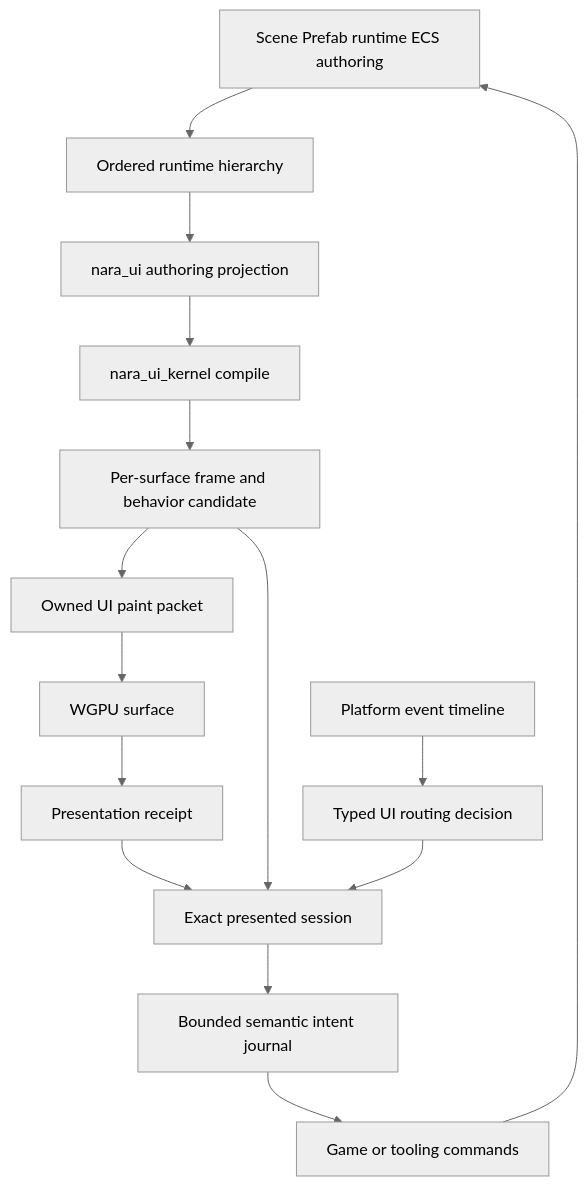
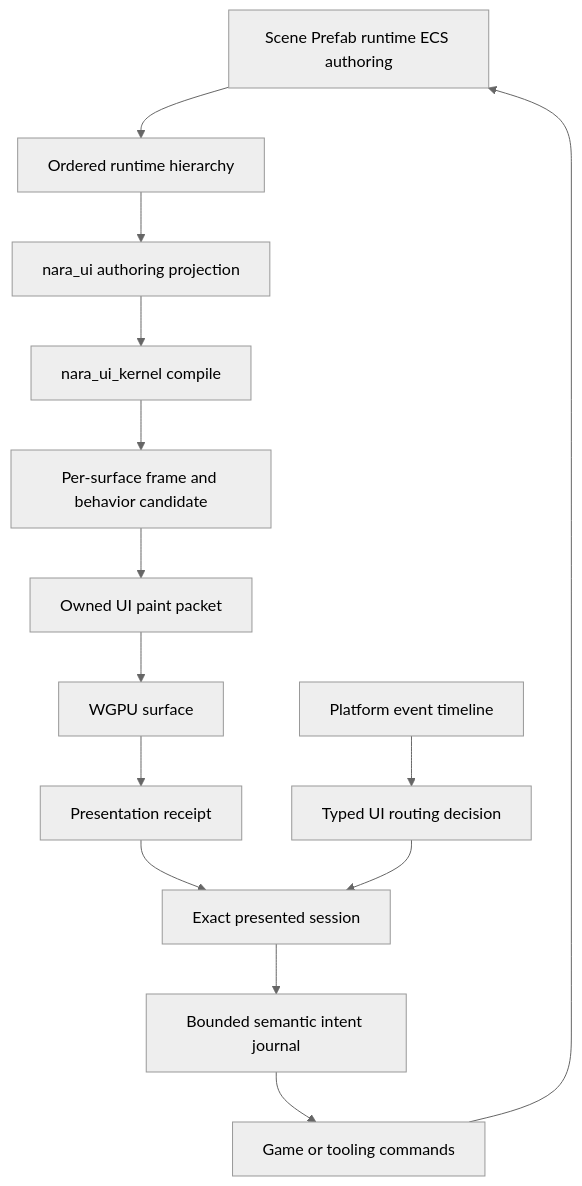
Before and after one commit to Latias94/nara: the second of 4 diagrams in docs/plans/2026-08-04-002-refactor-ordered-ui-kernel-and-engine-boundary-correction-plan.md, drawn with Mermaid (neutral theme). The commit also changed other lines of this file and 6 other files, not shown here.

````diff
--- a/docs/plans/2026-08-04-002-refactor-ordered-ui-kernel-and-engine-boundary-correction-plan.md
+++ b/docs/plans/2026-08-04-002-refactor-ordered-ui-kernel-and-engine-boundary-correction-plan.md
@@ -385,19 +410,18 @@
 ```mermaid
 flowchart TB
   Source[Scene Prefab runtime ECS authoring]
   Structure[Ordered runtime hierarchy]
   Adapter[nara_ui authoring projection]
   Compiler[nara_ui_kernel compile]
   Candidate[Per-surface frame and behavior candidate]
   Packet[Owned UI paint packet]
   Backend[WGPU surface]
   Receipt[Presentation receipt]
   Presented[Exact presented session]
   Platform[Platform event timeline]
   Decision[Typed UI routing decision]
   Intent[Bounded semantic intent journal]
   Domain[Game or tooling commands]
   Source --> Structure --> Adapter --> Compiler --> Candidate --> Packet --> Backend --> Receipt --> Presented
-  Candidate --> Presented
   Platform --> Decision --> Presented --> Intent --> Domain --> Source
 ```
````
